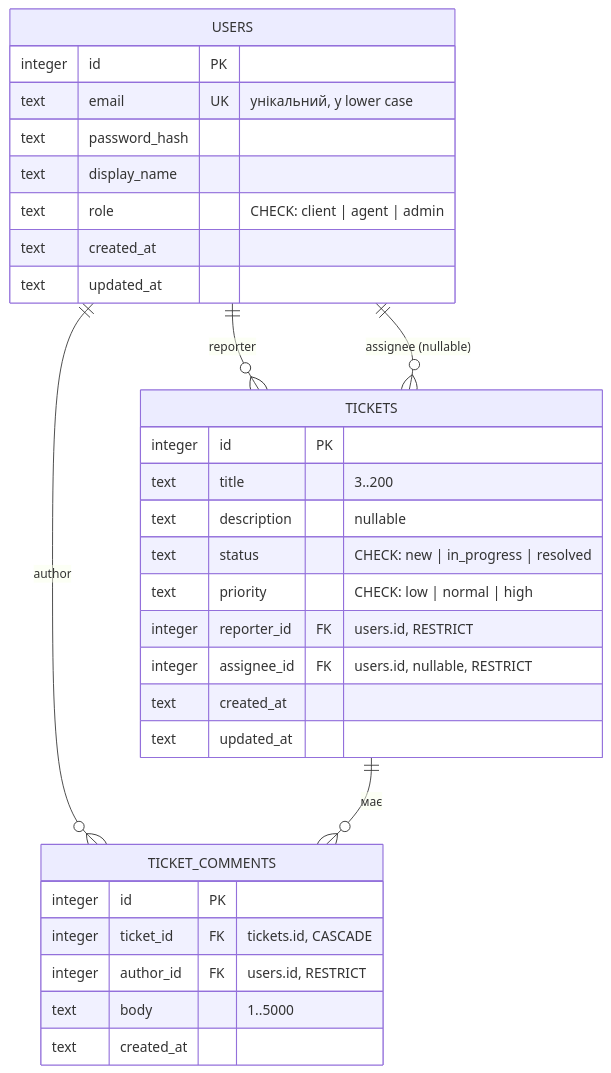
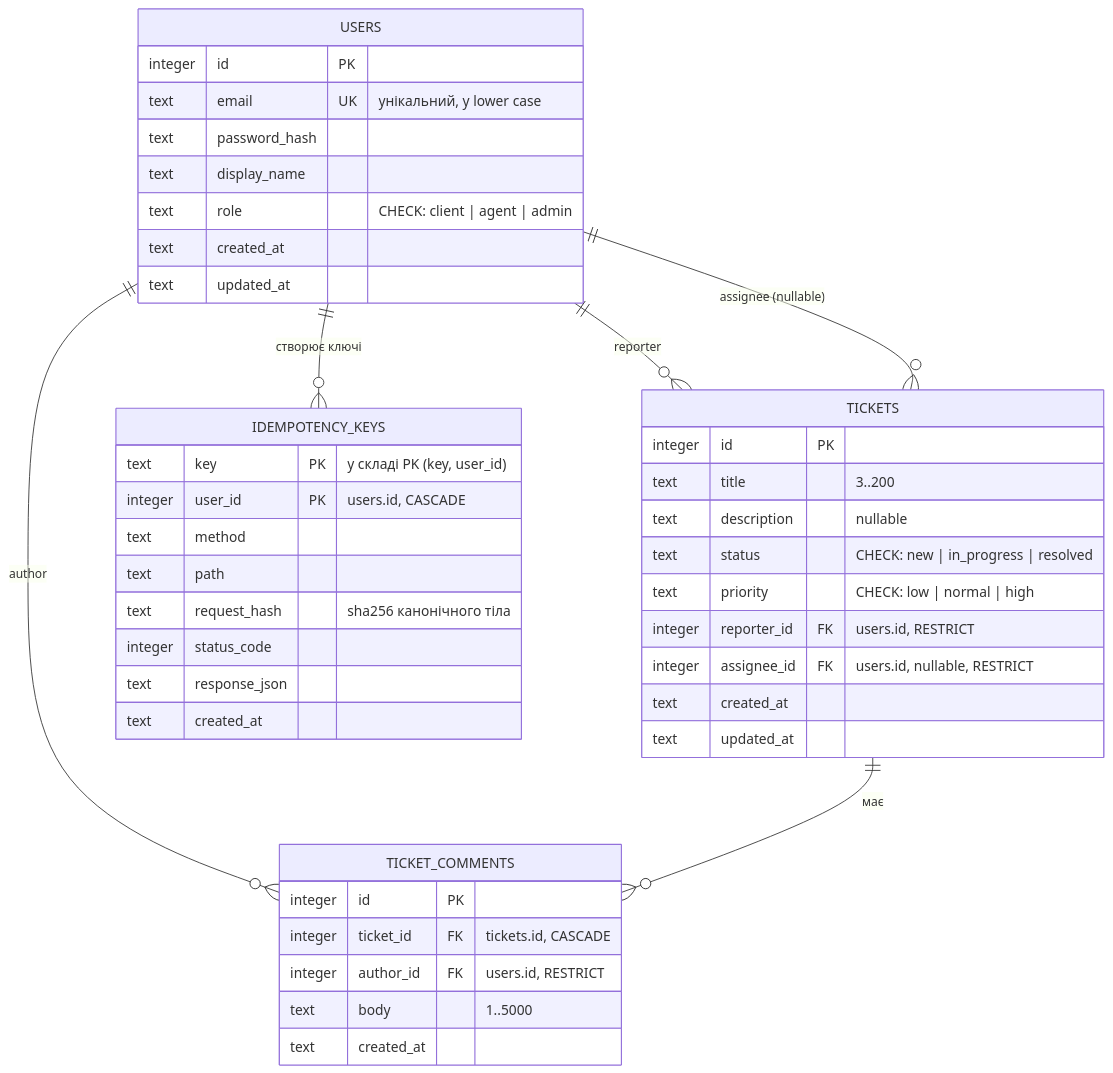
Before and after one commit to yusik100/3-course-nodejs: the diagram in docs/er-diagram.md, drawn with Mermaid. The commit also changed other lines of this file and 49 other files, not shown here.

````diff
--- a/docs/er-diagram.md
+++ b/docs/er-diagram.md
@@ -6,37 +6,49 @@
 ```mermaid
 erDiagram
     USERS ||--o{ TICKETS : "reporter"
     USERS ||--o{ TICKETS : "assignee (nullable)"
     USERS ||--o{ TICKET_COMMENTS : "author"
     TICKETS ||--o{ TICKET_COMMENTS : "має"
+    USERS ||--o{ IDEMPOTENCY_KEYS : "створює ключі"
 
     USERS {
         integer id PK
         text email UK "унікальний, у lower case"
         text password_hash
         text display_name
         text role "CHECK: client | agent | admin"
         text created_at
         text updated_at
     }
 
     TICKETS {
         integer id PK
         text title "3..200"
         text description "nullable"
         text status "CHECK: new | in_progress | resolved"
         text priority "CHECK: low | normal | high"
         integer reporter_id FK "users.id, RESTRICT"
         integer assignee_id FK "users.id, nullable, RESTRICT"
         text created_at
         text updated_at
     }
 
     TICKET_COMMENTS {
         integer id PK
         integer ticket_id FK "tickets.id, CASCADE"
         integer author_id FK "users.id, RESTRICT"
         text body "1..5000"
         text created_at
     }
+
+    IDEMPOTENCY_KEYS {
+        text key PK "у складі PK (key, user_id)"
+        integer user_id PK "users.id, CASCADE"
+        text method
+        text path
+        text request_hash "sha256 канонічного тіла"
+        integer status_code
+        text response_json
+        text created_at
+    }
 ```
````
